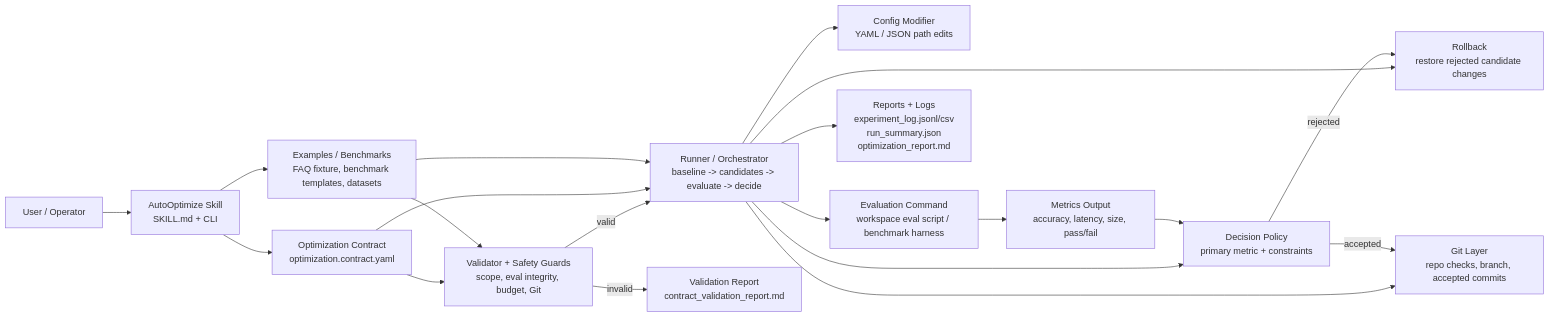
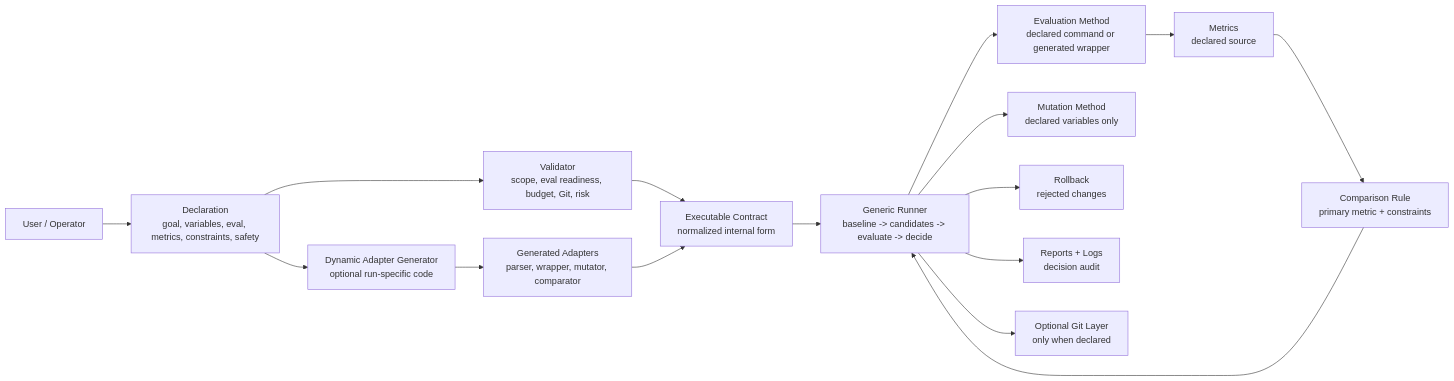
One commit to cute-spring/auto-optimize changed the diagram in docs/architecture-overview.md. Above: the diagram before and after it, drawn with Mermaid. The commit also changed other lines of this file and 45 other files, not shown here.

Commit message:
feat: enhance contract explanation, declaration protocol, and add detailed assessments

````diff
--- a/docs/architecture-overview.md
+++ b/docs/architecture-overview.md
@@ -13,30 +11,18 @@
 ```mermaid
 flowchart LR
-    user["User / Operator"] --> skill["AutoOptimize Skill<br/>SKILL.md + CLI"]
-
-    skill --> contract["Optimization Contract<br/>optimization.contract.yaml"]
-    skill --> examples["Examples / Benchmarks<br/>FAQ fixture, benchmark templates, datasets"]
-
-    contract --> validator["Validator + Safety Guards<br/>scope, eval integrity, budget, Git"]
-    examples --> validator
-
-    validator -->|valid| runner["Runner / Orchestrator<br/>baseline -> candidates -> evaluate -> decide"]
-    validator -->|invalid| validation_report["Validation Report<br/>contract_validation_report.md"]
-
-    contract --> runner
-    examples --> runner
-
-    runner --> modifier["Config Modifier<br/>YAML / JSON path edits"]
-    runner --> evaluator["Evaluation Command<br/>workspace eval script / benchmark harness"]
-    runner --> decision["Decision Policy<br/>primary metric + constraints"]
-    runner --> rollback["Rollback<br/>restore rejected candidate changes"]
-    runner --> git["Git Layer<br/>repo checks, branch, accepted commits"]
-
-    evaluator --> metrics["Metrics Output<br/>accuracy, latency, size, pass/fail"]
-    metrics --> decision
-
-    decision -->|accepted| git
-    decision -->|rejected| rollback
-
-    runner --> reports["Reports + Logs<br/>experiment_log.jsonl/csv<br/>run_summary.json<br/>optimization_report.md"]
+    user["User / Operator"] --> declaration["Declaration<br/>goal, variables, eval, metrics, constraints, safety"]
+    declaration --> validator["Validator<br/>scope, eval readiness, budget, Git, risk"]
+    declaration --> generator["Dynamic Adapter Generator<br/>optional run-specific code"]
+    generator --> adapters["Generated Adapters<br/>parser, wrapper, mutator, comparator"]
+    validator --> contract["Executable Contract<br/>normalized internal form"]
+    adapters --> contract
+    contract --> runner["Generic Runner<br/>baseline -> candidates -> evaluate -> decide"]
+    runner --> evaluator["Evaluation Method<br/>declared command or generated wrapper"]
+    runner --> modifier["Mutation Method<br/>declared variables only"]
+    evaluator --> metrics["Metrics<br/>declared source"]
+    metrics --> decision["Comparison Rule<br/>primary metric + constraints"]
+    decision --> runner
+    runner --> rollback["Rollback<br/>rejected changes"]
+    runner --> report["Reports + Logs<br/>decision audit"]
+    runner --> git["Optional Git Layer<br/>only when declared"]
 ```
````
